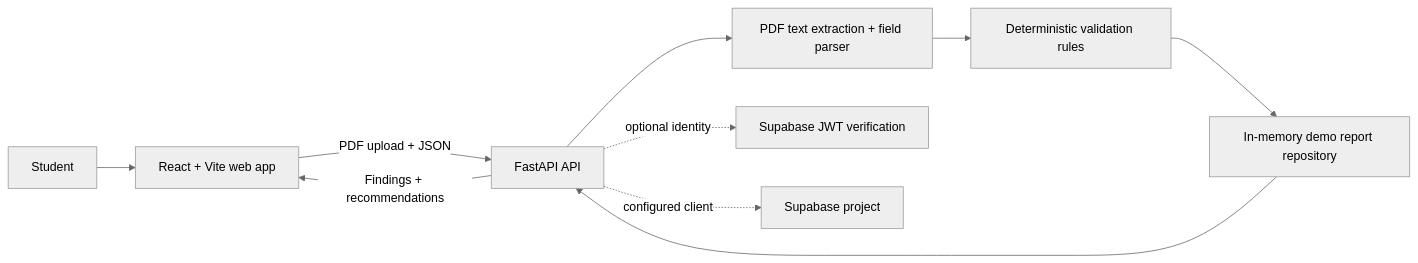
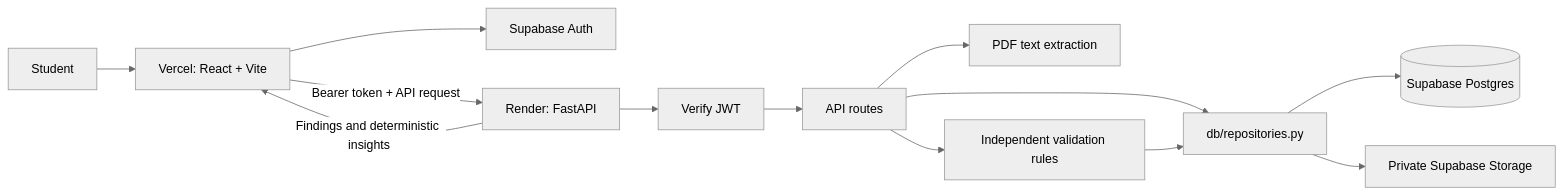
Before and after one commit to ManavTri/TheVibeCoders-HackPSU-2026: the diagram in docs/architecture.md, drawn with Mermaid (neutral theme). The commit also changed other lines of this file and 48 other files, not shown here.

````diff
--- a/docs/architecture.md
+++ b/docs/architecture.md
@@ -3,12 +3,15 @@
 ```mermaid
 flowchart LR
-  Student[Student] --> Web[React + Vite web app]
-  Web -->|PDF upload + JSON| API[FastAPI API]
-  API --> Parse[PDF text extraction + field parser]
-  Parse --> Rules[Deterministic validation rules]
-  Rules --> Repo[In-memory demo report repository]
-  Repo --> API
-  API -->|Findings + recommendations| Web
-  API -. optional identity .-> Auth[Supabase JWT verification]
-  API -. configured client .-> Supabase[Supabase project]
+  Student --> Vercel[Vercel: React + Vite]
+  Vercel --> Auth[Supabase Auth]
+  Vercel -->|Bearer token + API request| Render[Render: FastAPI]
+  Render --> Verify[Verify JWT]
+  Verify --> Routes[API routes]
+  Routes --> Extract[PDF text extraction]
+  Routes --> Rules[Independent validation rules]
+  Routes --> Repositories[db/repositories.py]
+  Repositories --> Postgres[(Supabase Postgres)]
+  Repositories --> PrivateStorage[Private Supabase Storage]
+  Rules --> Repositories
+  Render -->|Findings and deterministic insights| Vercel
 ```
````
